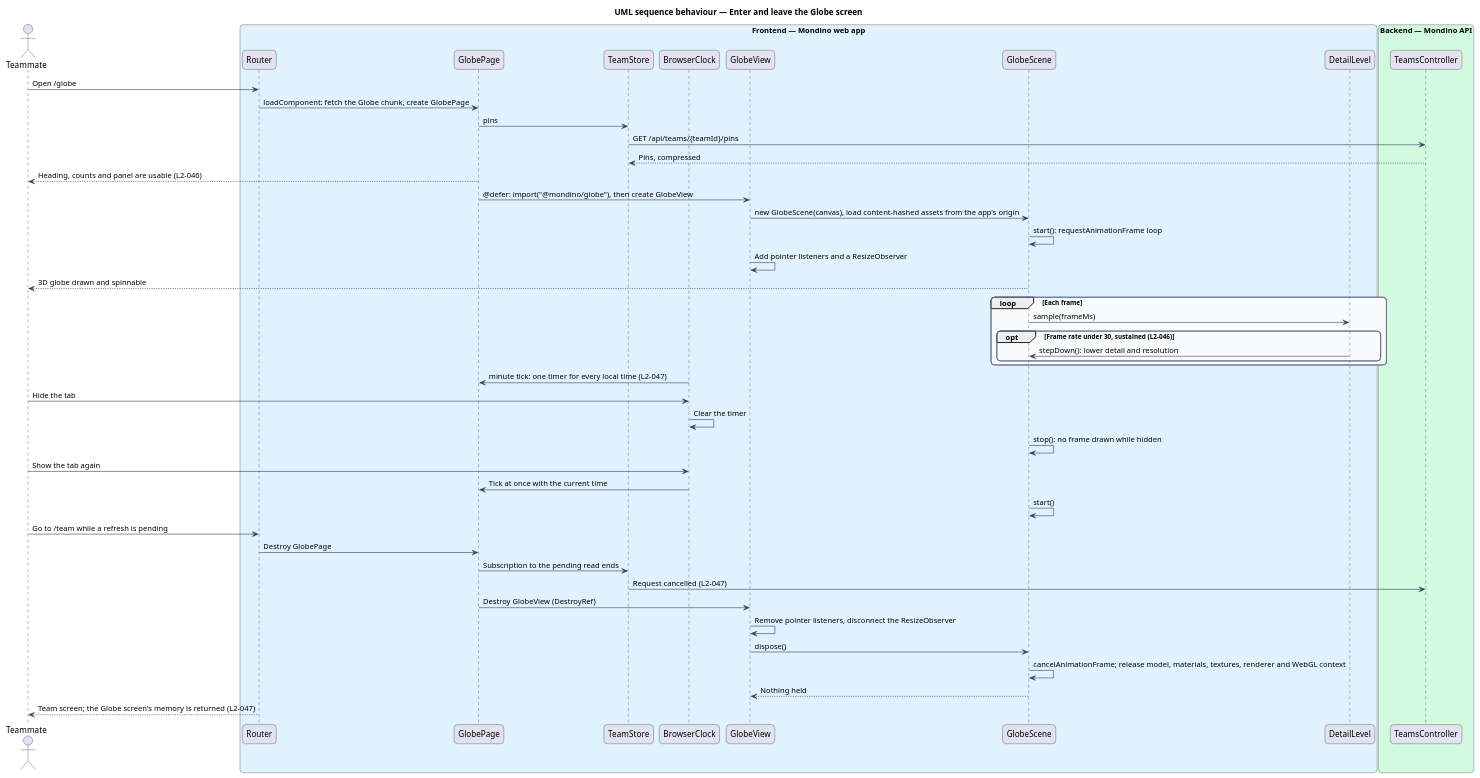
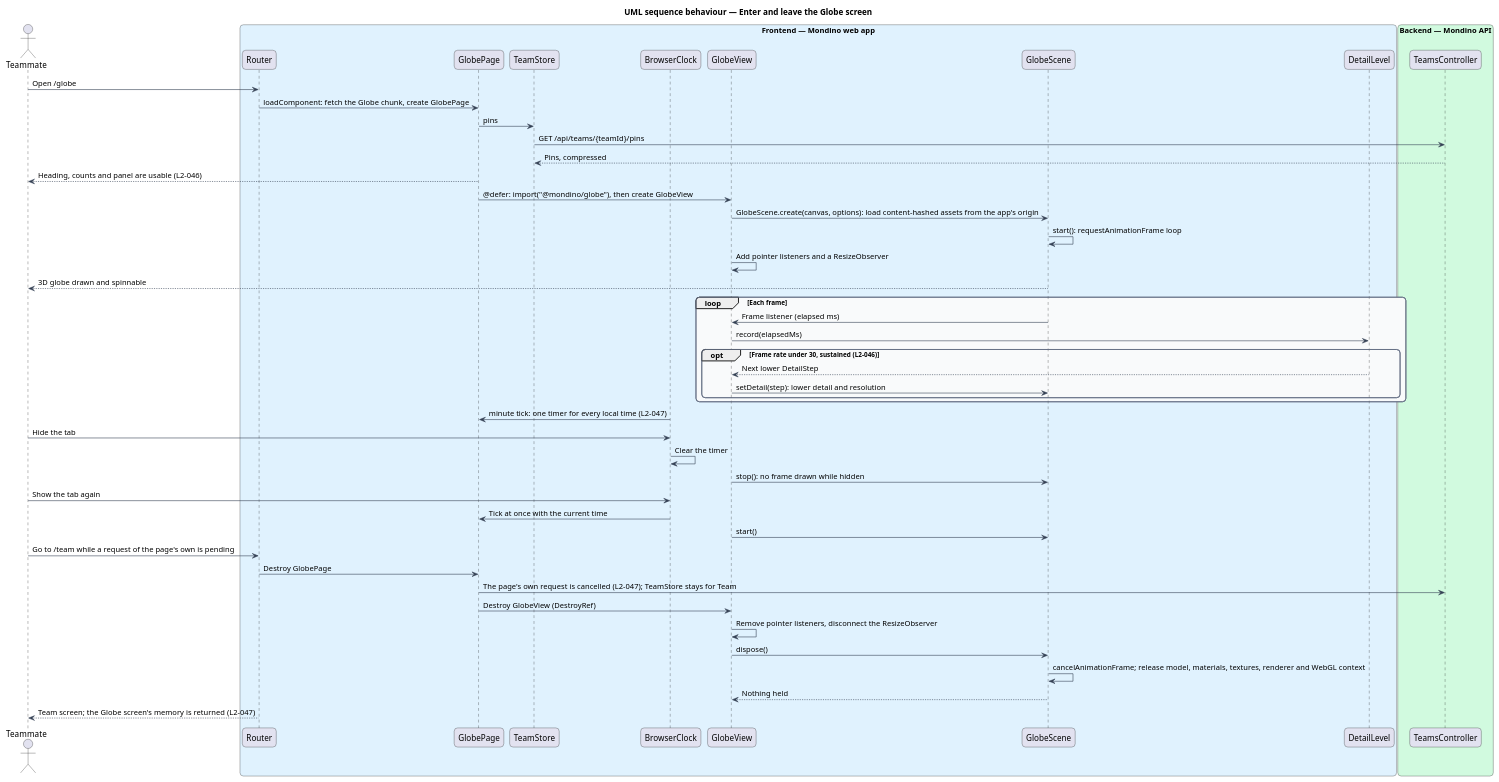
The diagram in docs/detailed-designs/platform/stay-fast-and-light/diagrams/sequence-enter-and-leave-globe.puml (QuinntyneBrown/Mondino), drawn with PlantUML before and after one commit. The commit also changed 23 other files, not shown here.

```diff
--- a/docs/detailed-designs/platform/stay-fast-and-light/diagrams/sequence-enter-and-leave-globe.puml
+++ b/docs/detailed-designs/platform/stay-fast-and-light/diagrams/sequence-enter-and-leave-globe.puml
@@ -1,64 +1,65 @@
 @startuml
 title UML sequence behaviour — Enter and leave the Globe screen
 skinparam backgroundColor #FFFFFF
 skinparam shadowing false
 skinparam roundcorner 12
 skinparam defaultFontName Arial
 skinparam ArrowColor #344054
 skinparam rectangle {
   BorderColor #344054
   FontColor #101828
 }
 skinparam package {
   BorderColor #667085
   FontColor #101828
   BackgroundColor #F9FAFB
 }
 actor "Teammate" as actor
 box "Frontend — Mondino web app" #E0F2FE
   participant "Router" as router
   participant "GlobePage" as page
   participant "TeamStore" as store
   participant "BrowserClock" as clock
   participant "GlobeView" as view
   participant "GlobeScene" as scene
   participant "DetailLevel" as detail
 end box
 box "Backend — Mondino API" #D1FADF
   participant "TeamsController" as controller
 end box
 actor -> router : Open /globe
 router -> page : loadComponent: fetch the Globe chunk, create GlobePage
 page -> store : pins
 store -> controller : GET /api/teams/{teamId}/pins
 controller --> store : Pins, compressed
 page --> actor : Heading, counts and panel are usable (L2-046)
 page -> view : @defer: import("@mondino/globe"), then create GlobeView
-view -> scene : new GlobeScene(canvas), load content-hashed assets from the app's origin
+view -> scene : GlobeScene.create(canvas, options): load content-hashed assets from the app's origin
 scene -> scene : start(): requestAnimationFrame loop
 view -> view : Add pointer listeners and a ResizeObserver
 scene --> actor : 3D globe drawn and spinnable
 loop Each frame
-  scene -> detail : sample(frameMs)
+  scene -> view : Frame listener (elapsed ms)
+  view -> detail : record(elapsedMs)
   opt Frame rate under 30, sustained (L2-046)
-    detail -> scene : stepDown(): lower detail and resolution
+    detail --> view : Next lower DetailStep
+    view -> scene : setDetail(step): lower detail and resolution
   end
 end
 clock -> page : minute tick: one timer for every local time (L2-047)
 actor -> clock : Hide the tab
 clock -> clock : Clear the timer
-scene -> scene : stop(): no frame drawn while hidden
+view -> scene : stop(): no frame drawn while hidden
 actor -> clock : Show the tab again
 clock -> page : Tick at once with the current time
-scene -> scene : start()
-actor -> router : Go to /team while a refresh is pending
+view -> scene : start()
+actor -> router : Go to /team while a request of the page's own is pending
 router -> page : Destroy GlobePage
-page -> store : Subscription to the pending read ends
-store -> controller : Request cancelled (L2-047)
+page -> controller : The page's own request is cancelled (L2-047); TeamStore stays for Team
 page -> view : Destroy GlobeView (DestroyRef)
 view -> view : Remove pointer listeners, disconnect the ResizeObserver
 view -> scene : dispose()
 scene -> scene : cancelAnimationFrame; release model, materials, textures, renderer and WebGL context
 scene --> view : Nothing held
 router --> actor : Team screen; the Globe screen's memory is returned (L2-047)
 @enduml
```
